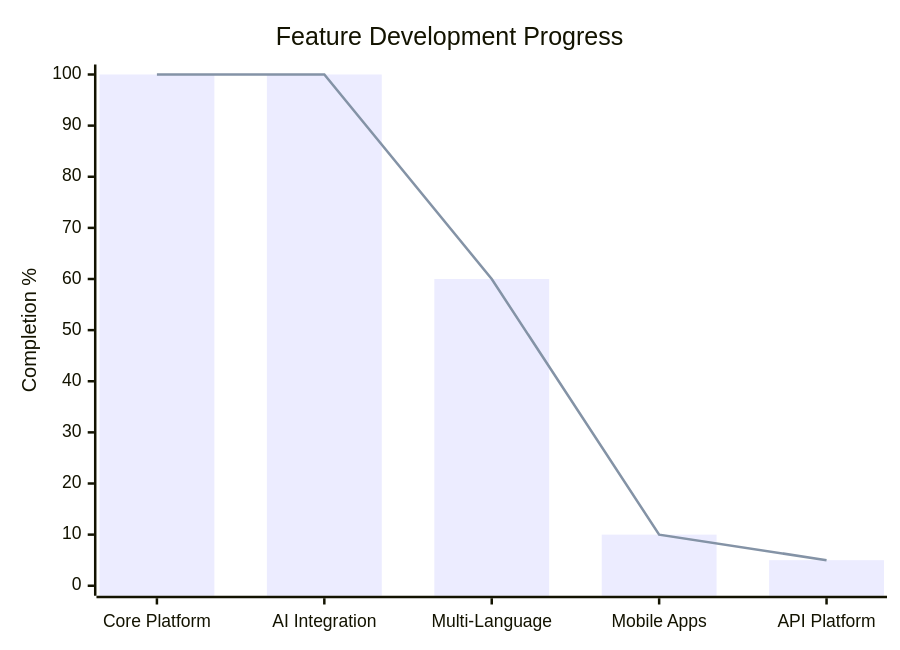
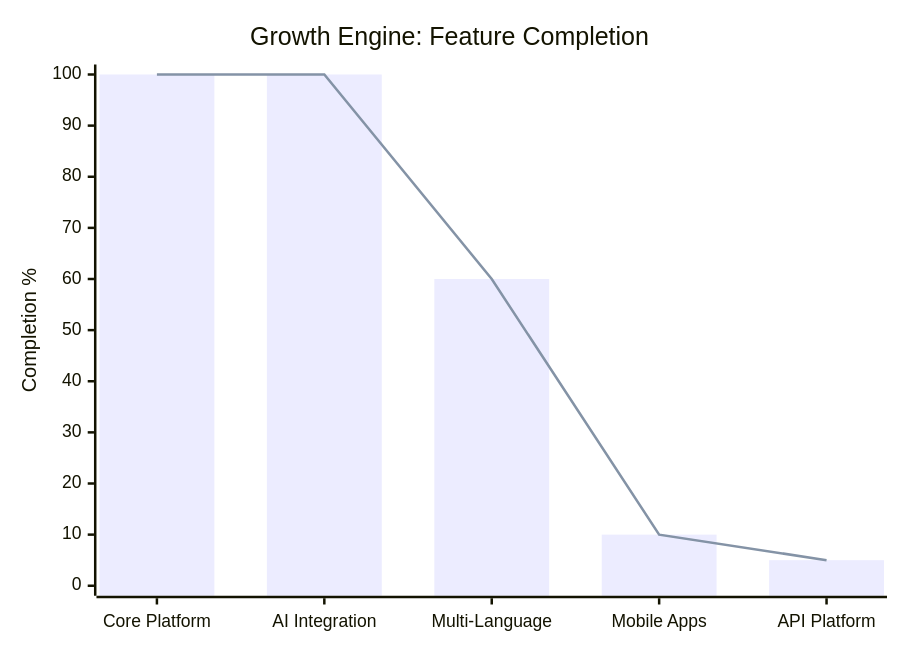
One commit to Iceman-Dann/Medly changed the ninth of 11 diagrams in README.md. Above: the diagram before and after it, drawn with Mermaid. The commit also changed other lines of this file, not shown here.

````diff
--- a/README.md
+++ b/README.md
@@ -146,8 +143,8 @@
 ```mermaid
 xychart-beta
-    title "Feature Development Progress"
+    title "Growth Engine: Feature Completion"
     x-axis ["Core Platform", "AI Integration", "Multi-Language", "Mobile Apps", "API Platform"]
     y-axis "Completion %" 0 --> 100
     bar [100, 100, 60, 10, 5]
     line [100, 100, 60, 10, 5]
 ```
````
